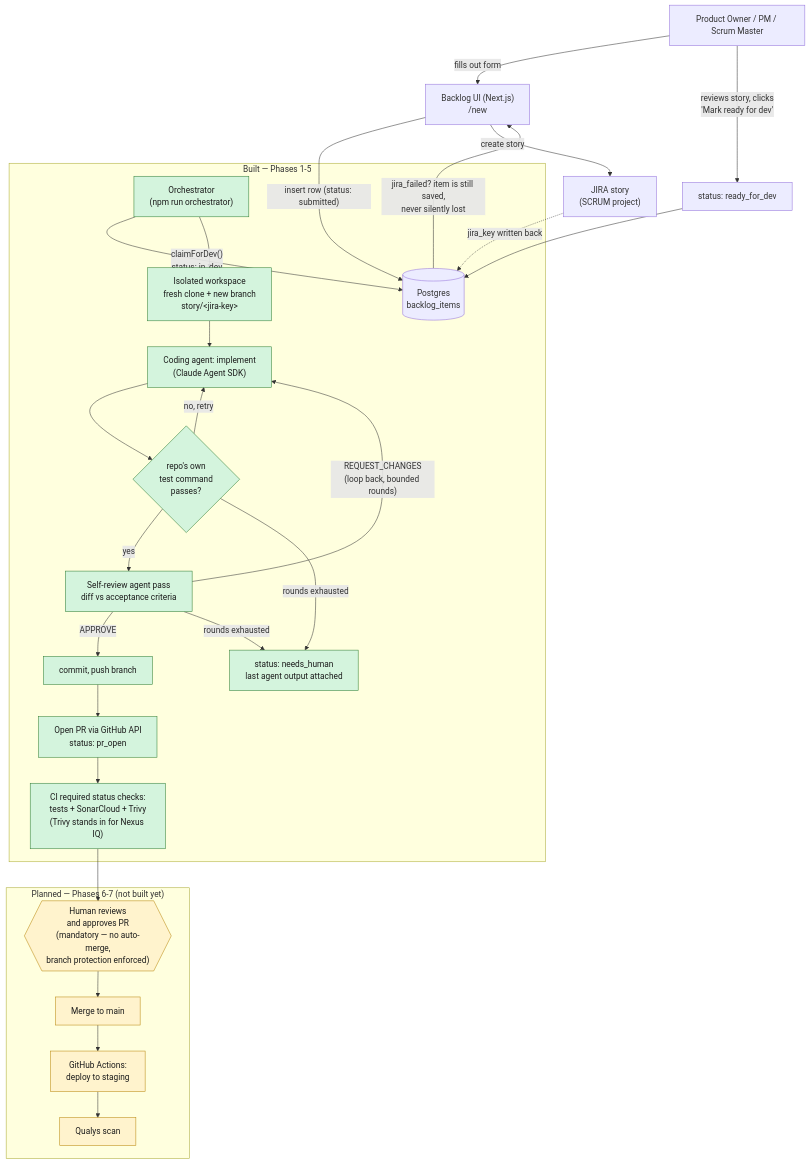
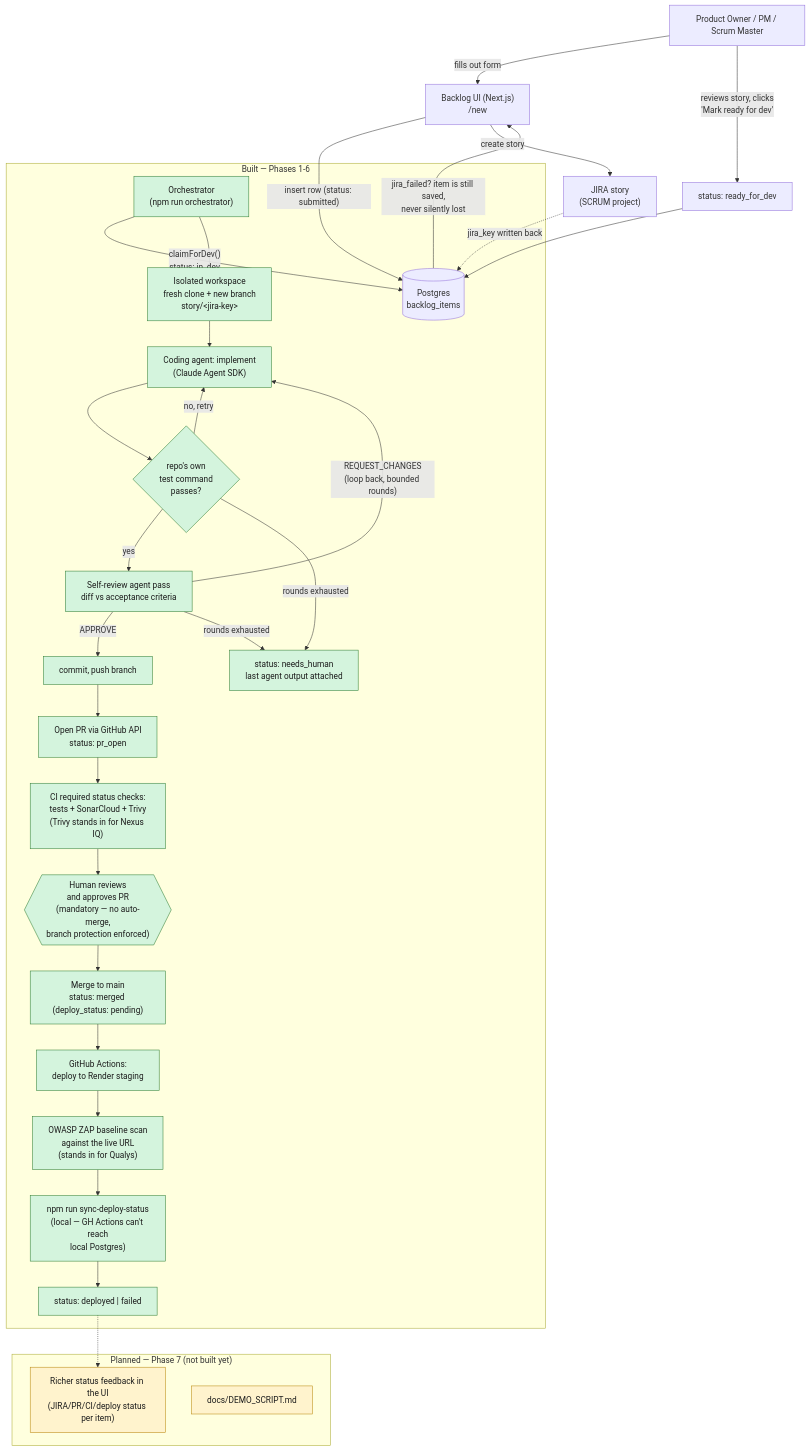
The diagram in README.md (umahanish/ai-delivery-pipeline), drawn with Mermaid before and after one commit. The commit also changed other lines of this file and 10 other files, not shown here.

````diff
--- a/README.md
+++ b/README.md
@@ -41,41 +46,44 @@
 ```mermaid
 flowchart TD
     PM["Product Owner / PM / Scrum Master"] -->|fills out form| UI["Backlog UI (Next.js)\n/new"]
     UI -->|"insert row (status: submitted)"| DB[(Postgres\nbacklog_items)]
     UI -->|create story| JIRA["JIRA story\n(SCRUM project)"]
     JIRA -.->|jira_key written back| DB
     DB -->|"jira_failed? item is still saved,\nnever silently lost"| UI
 
     PM -->|"reviews story, clicks\n'Mark ready for dev'"| READY["status: ready_for_dev"]
     READY --> DB
 
-    subgraph BUILT["Built — Phases 1-5"]
+    subgraph BUILT["Built — Phases 1-6"]
         ORCH["Orchestrator\n(npm run orchestrator)"] -->|"claimForDev()\nstatus: in_dev"| DB
         ORCH --> WS["Isolated workspace\nfresh clone + new branch\nstory/&lt;jira-key&gt;"]
         WS --> IMPL["Coding agent: implement\n(Claude Agent SDK)"]
         IMPL --> TEST{"repo's own\ntest command\npasses?"}
         TEST -- no, retry --> IMPL
         TEST -- yes --> REVIEW["Self-review agent pass\ndiff vs acceptance criteria"]
         REVIEW -- "REQUEST_CHANGES\n(loop back, bounded rounds)" --> IMPL
         REVIEW -- APPROVE --> PUSH["commit, push branch"]
         PUSH --> PR["Open PR via GitHub API\nstatus: pr_open"]
         TEST -- "rounds exhausted" --> STUCK["status: needs_human\nlast agent output attached"]
         REVIEW -- "rounds exhausted" --> STUCK
         PR --> CI["CI required status checks:\ntests + SonarCloud + Trivy\n(Trivy stands in for Nexus IQ)"]
+        CI --> GATE{{"Human reviews\nand approves PR\n(mandatory — no auto-merge,\nbranch protection enforced)"}}
+        GATE --> MERGE["Merge to main\nstatus: merged (deploy_status: pending)"]
+        MERGE --> DEPLOY["GitHub Actions:\ndeploy to Render staging"]
+        DEPLOY --> ZAP["OWASP ZAP baseline scan\nagainst the live URL\n(stands in for Qualys)"]
+        ZAP --> SYNC["npm run sync-deploy-status\n(local — GH Actions can't reach\nlocal Postgres)"]
+        SYNC --> DONE["status: deployed | failed"]
     end
 
-    subgraph PLANNED["Planned — Phases 6-7 (not built yet)"]
-        GATE{{"Human reviews\nand approves PR\n(mandatory — no auto-merge,\nbranch protection enforced)"}}
-        MERGE["Merge to main"]
-        DEPLOY["GitHub Actions:\ndeploy to staging"]
-        QUALYS["Qualys scan"]
-        GATE --> MERGE --> DEPLOY --> QUALYS
+    subgraph PLANNED["Planned — Phase 7 (not built yet)"]
+        UI2["Richer status feedback in the UI\n(JIRA/PR/CI/deploy status per item)"]
+        DEMO["docs/DEMO_SCRIPT.md"]
     end
 
-    CI --> GATE
+    DONE -.-> UI2
 
     classDef built fill:#d4f4dd,stroke:#2e7d32,color:#1b1b1b;
     classDef planned fill:#fff3cd,stroke:#b8860b,color:#1b1b1b;
-    class ORCH,WS,IMPL,TEST,REVIEW,PUSH,PR,STUCK,CI built;
-    class GATE,MERGE,DEPLOY,QUALYS planned;
+    class ORCH,WS,IMPL,TEST,REVIEW,PUSH,PR,STUCK,CI,GATE,MERGE,DEPLOY,ZAP,SYNC,DONE built;
+    class UI2,DEMO planned;
 ```
````
